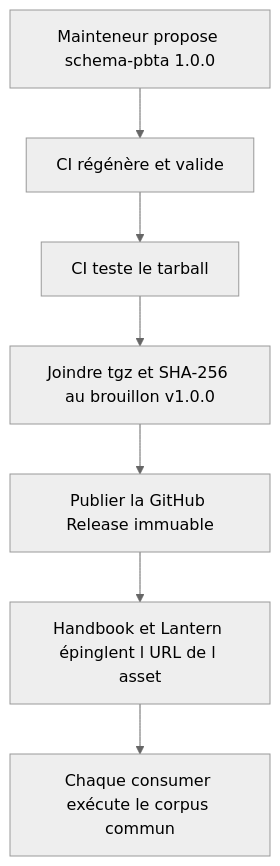
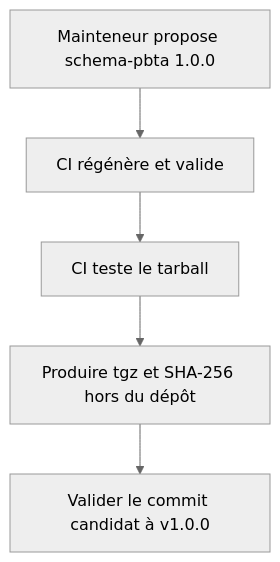
Before and after one commit to RebelliousSmile/schema-pbta: the first of 2 diagrams in aidd_docs/tasks/2026_09/2026_09_11_schema-pbta-canonical-contract/phase-3.md, drawn with Mermaid (neutral theme). The commit also changed other lines of this file and 4 other files, not shown here.

````diff
--- a/aidd_docs/tasks/2026_09/2026_09_11_schema-pbta-canonical-contract/phase-3.md
+++ b/aidd_docs/tasks/2026_09/2026_09_11_schema-pbta-canonical-contract/phase-3.md
@@ -28,9 +33,7 @@
 ```mermaid
 flowchart TD
   A[Mainteneur propose schema-pbta 1.0.0] --> B[CI régénère et valide]
   B --> C[CI teste le tarball]
-  C --> D[Joindre tgz et SHA-256 au brouillon v1.0.0]
-  D --> E[Publier la GitHub Release immuable]
-  E --> F[Handbook et Lantern épinglent l URL de l asset]
-  F --> G[Chaque consumer exécute le corpus commun]
+  C --> D[Produire tgz et SHA-256 hors du dépôt]
+  D --> E[Valider le commit candidat à v1.0.0]
 ```
````
